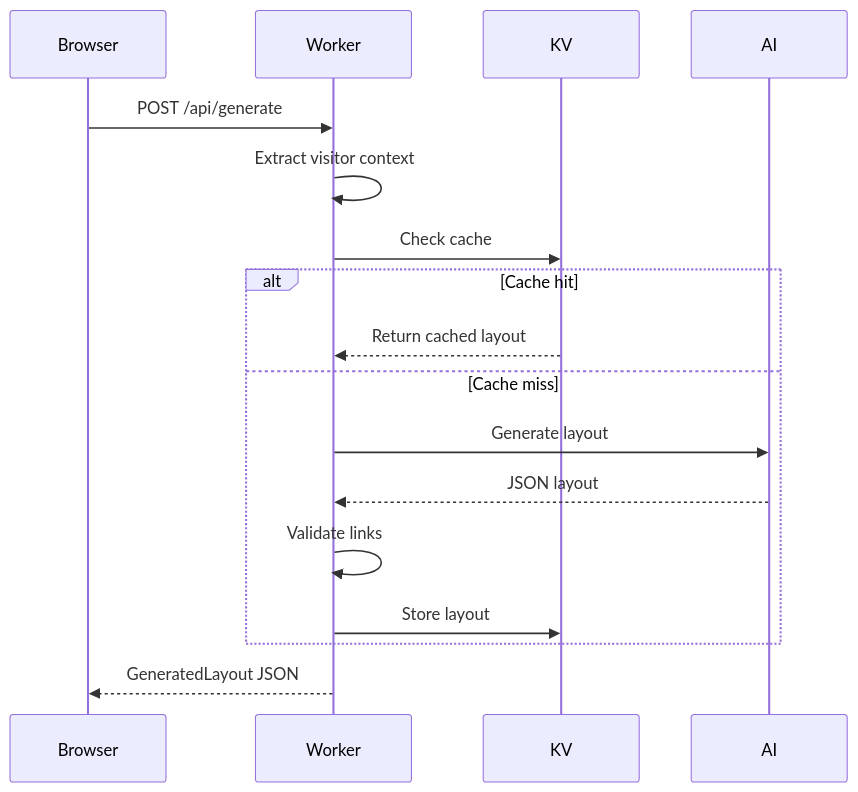
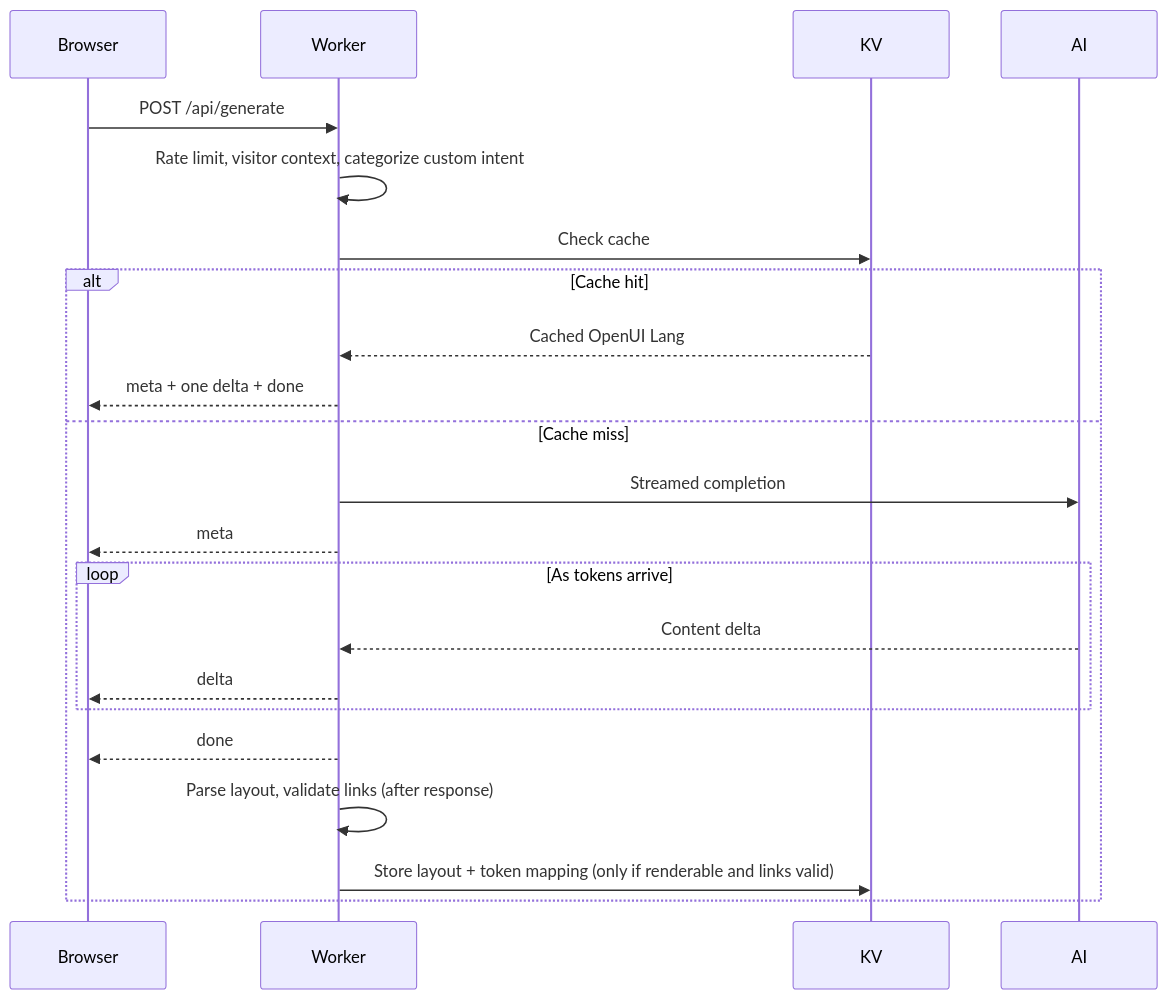
The fourth of 4 diagrams in ARCHITECTURE.md (uetuluk/uetuluk-portfolio), drawn with Mermaid before and after one commit. The commit also changed other lines of this file and 15 other files, not shown here.

````diff
--- a/ARCHITECTURE.md
+++ b/ARCHITECTURE.md
@@ -58,20 +83,25 @@
 ```mermaid
 sequenceDiagram
     participant Browser
     participant Worker
     participant KV
     participant AI
 
     Browser->>Worker: POST /api/generate
-    Worker->>Worker: Extract visitor context
+    Worker->>Worker: Rate limit, visitor context, categorize custom intent
     Worker->>KV: Check cache
     alt Cache hit
-        KV-->>Worker: Return cached layout
+        KV-->>Worker: Cached OpenUI Lang
+        Worker-->>Browser: meta + one delta + done
     else Cache miss
-        Worker->>AI: Generate layout
-        AI-->>Worker: JSON layout
-        Worker->>Worker: Validate links
-        Worker->>KV: Store layout
+        Worker->>AI: Streamed completion
+        Worker-->>Browser: meta
+        loop As tokens arrive
+            AI-->>Worker: Content delta
+            Worker-->>Browser: delta
+        end
+        Worker-->>Browser: done
+        Worker->>Worker: Parse layout, validate links (after response)
+        Worker->>KV: Store layout + token mapping (only if renderable and links valid)
     end
-    Worker-->>Browser: GeneratedLayout JSON
 ```
````
